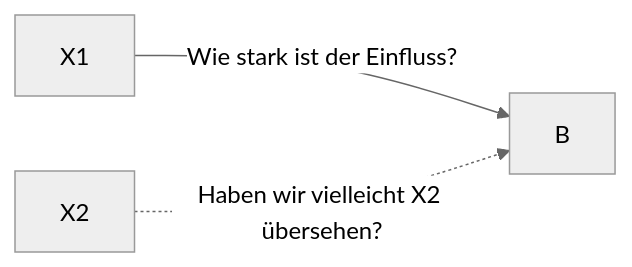
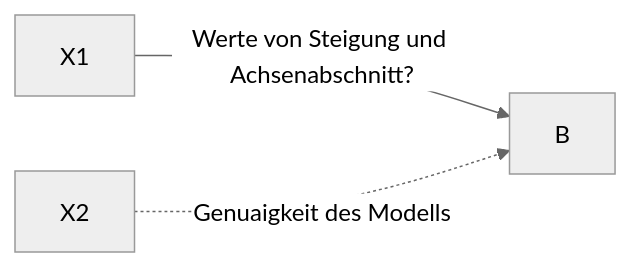
Before and after one commit to sebastiansauer/start-bayes: the third of 3 diagrams in 0200-Inferenz.qmd, drawn with Mermaid (neutral theme). The commit also changed other lines of this file and 175 other files, not shown here.

````diff
--- a/0200-Inferenz.qmd
+++ b/0200-Inferenz.qmd
@@ -458,8 +541,8 @@
 ```{mermaid}
 %%| label: fig-zwei-arten
 %%| fig-cap: Zwei Arten der Ungewissheit beim Modellieren
 flowchart LR
-X1 -->|Wie stark ist der Einfluss?|B
-X2 -. Haben wir vielleicht X2 übersehen? .-> B
+X1 -->|Werte von Steigung und Achsenabschnitt?|B
+X2 -. Genuaigkeit des Modells .-> B
 
 ```
````
